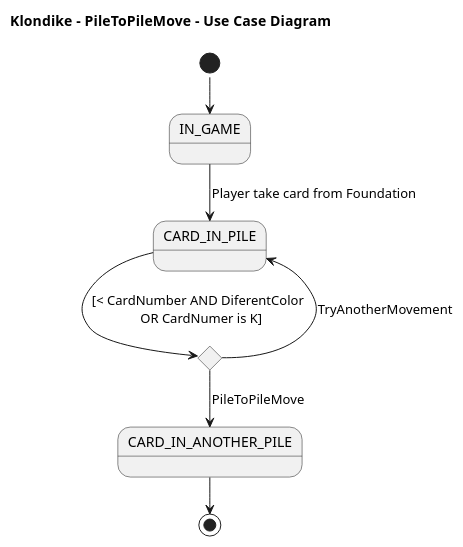
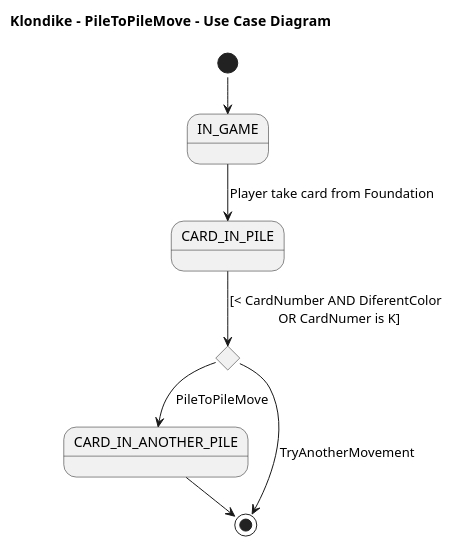
One commit to AngelOS95P/Maestria_IngSoftware_grupo6 changed the diagram in 2 Modelo de vistas de caso de uso/Diagrama de caso de uso - PileToPileMove.plantuml. Above: the diagram before and after it, drawn with PlantUML. The commit also changed 13 other files, not shown here.

```diff
--- a/2 Modelo de vistas de caso de uso/Diagrama de caso de uso - PileToPileMove.plantuml
+++ b/2 Modelo de vistas de caso de uso/Diagrama de caso de uso - PileToPileMove.plantuml
@@ -1,17 +1,17 @@
 @startuml UCPileToPileMove
 !pragma layout smetana
 title Klondike - PileToPileMove  - Use Case Diagram
 
 state IN_GAME
 state CARD_IN_PILE
 state if <<choice>>
 state CARD_IN_ANOTHER_PILE
 
 [*] --> IN_GAME
 IN_GAME --> CARD_IN_PILE: Player take card from Foundation
 CARD_IN_PILE --> if: [< CardNumber AND DiferentColor \n OR CardNumer is K]
 if --> CARD_IN_ANOTHER_PILE: PileToPileMove
-if --> CARD_IN_PILE: TryAnotherMovement
+if --> [*]: TryAnotherMovement
 CARD_IN_ANOTHER_PILE--> [*]
 
 @enduml
```
